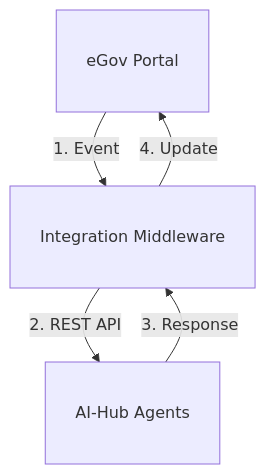
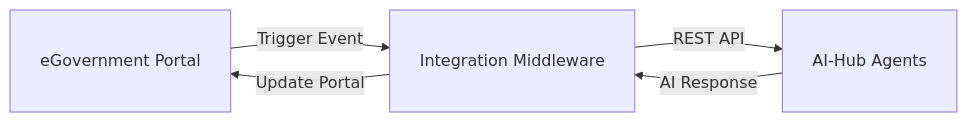
The first of 2 diagrams in aihub_doc/docs/2_platform/20_external_integrations/1_egov_portals/index.en.md (bbvch-ai/aihub-core), drawn with Mermaid before and after one commit. The commit also changed other lines of this file, not shown here.

Commit message:
docs: Refine eGovernment portal integration diagrams for improved clarity and consistency

````diff
--- a/aihub_doc/docs/2_platform/20_external_integrations/1_egov_portals/index.en.md
+++ b/aihub_doc/docs/2_platform/20_external_integrations/1_egov_portals/index.en.md
@@ -36,13 +36,13 @@
 ```mermaid
-graph TB
-    Portal["eGov Portal"]
+graph LR
+    Portal["eGovernment Portal"]
     Middleware["Integration Middleware"]
     Agents["AI-Hub Agents"]
 
-    Portal -->|"1. Event"| Middleware
-    Middleware -->|"2. REST API"| Agents
-    Agents -->|"3. Response"| Middleware
-    Middleware -->|"4. Update"| Portal
+    Portal -->|"Trigger Event"| Middleware
+    Middleware -->|"REST API"| Agents
+    Agents -->|"AI Response"| Middleware
+    Middleware -->|"Update Portal"| Portal
 
-    classDef default font-size:16px,padding:20px
+    classDef default padding:90px
 ```
````
